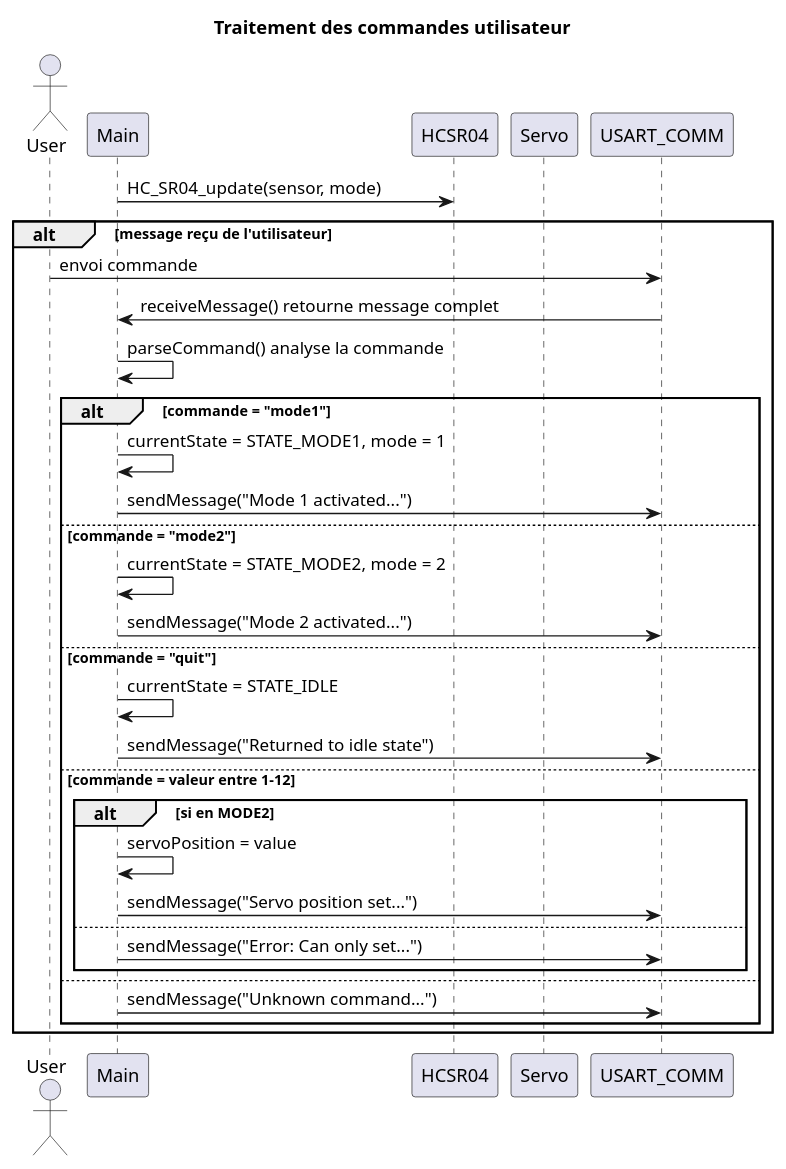
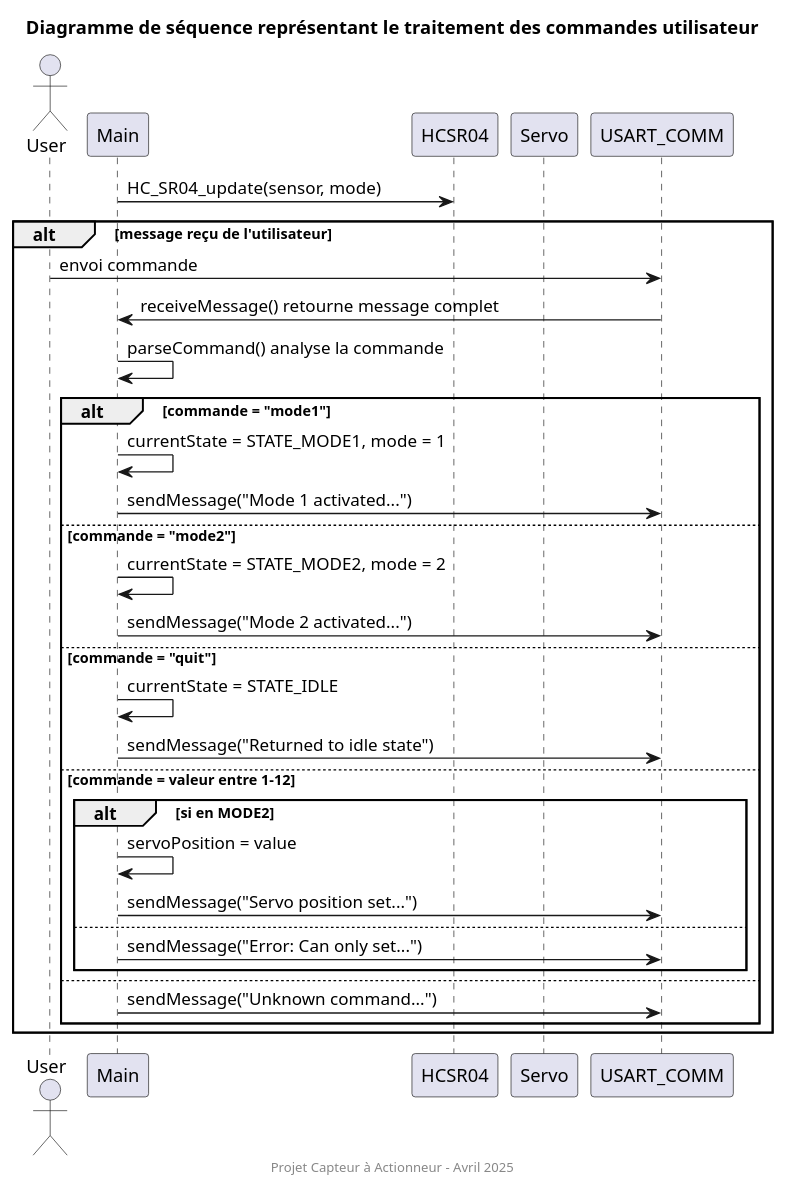
The diagram in doc-README/DS-CommandProcessing.puml (AzTaiiyoo/Capteur_actionneur), drawn with PlantUML before and after one commit. The commit also changed 15 other files, not shown here.

```diff
--- a/doc-README/DS-CommandProcessing.puml
+++ b/doc-README/DS-CommandProcessing.puml
@@ -1,40 +1,42 @@
 @startuml
 ' Participants (modules)
 actor "User" as User
 participant "Main" as Main
 participant "HCSR04" as HCSR04
 participant "Servo" as Servo
 participant "USART_COMM" as USART
-
-title Traitement des commandes utilisateur
 
 ' Mise à jour initiale
 Main -> HCSR04: HC_SR04_update(sensor, mode)
 
 ' Communication série avec l'utilisateur
 alt message reçu de l'utilisateur
   User -> USART: envoi commande
   USART -> Main: receiveMessage() retourne message complet
   Main -> Main: parseCommand() analyse la commande
   
   alt commande = "mode1"
     Main -> Main: currentState = STATE_MODE1, mode = 1
     Main -> USART: sendMessage("Mode 1 activated...")
   else commande = "mode2"
     Main -> Main: currentState = STATE_MODE2, mode = 2
     Main -> USART: sendMessage("Mode 2 activated...")
   else commande = "quit"
     Main -> Main: currentState = STATE_IDLE
     Main -> USART: sendMessage("Returned to idle state")
   else commande = valeur entre 1-12
     alt si en MODE2
       Main -> Main: servoPosition = value
       Main -> USART: sendMessage("Servo position set...")
     else
       Main -> USART: sendMessage("Error: Can only set...")
     end
   else
     Main -> USART: sendMessage("Unknown command...")
   end
 end
+
+title Diagramme de séquence représentant le traitement des commandes utilisateur
+footer Projet Capteur à Actionneur – Avril 2025
+
 @enduml
```
